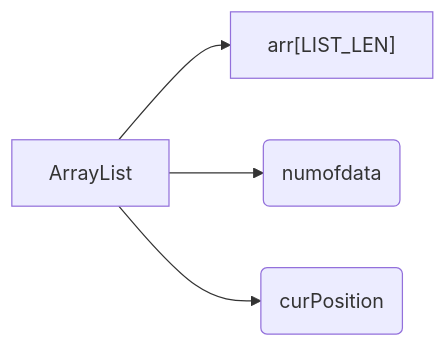
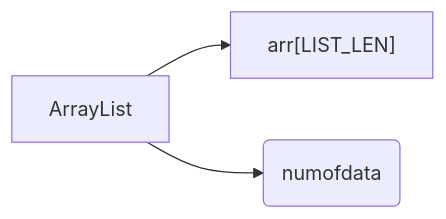
One commit to Yangseungchan/DataStructure changed the diagram in ArrayList/README.md. Above: the diagram before and after it, drawn with Mermaid.

````diff
--- a/ArrayList/README.md
+++ b/ArrayList/README.md
@@ -14,6 +14,5 @@
 ```mermaid
 graph LR
 A[ArrayList] --> B["arr[LIST_LEN]"]
 A --> C(numofdata)
-A --> D(curPosition)
 ```
````
